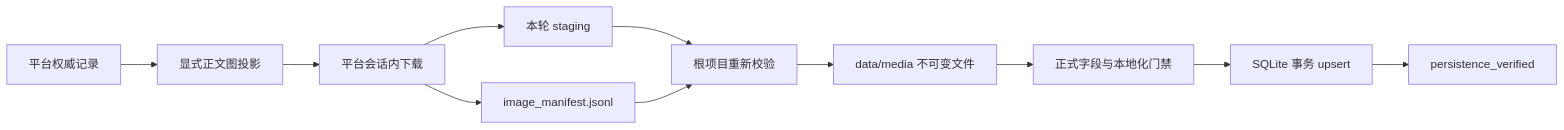
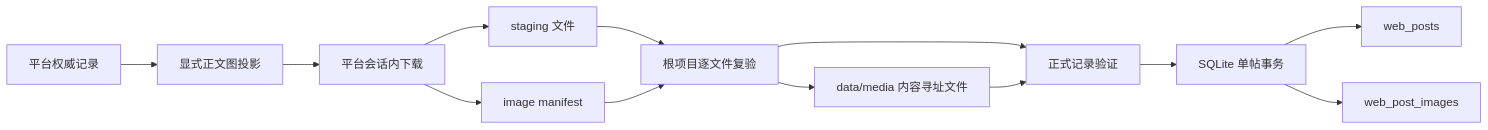
One commit to ottercoconut/TripPostCollect changed the diagram in docs/plans/2026-08-07-multiplatform-local-image-storage.md. Above: the diagram before and after it, drawn with Mermaid. The commit also changed other lines of this file and 43 other files, not shown here.

Commit message:
清理：移除已完成的图片补全工具链

````diff
--- a/docs/plans/2026-08-07-multiplatform-local-image-storage.md
+++ b/docs/plans/2026-08-07-multiplatform-local-image-storage.md
@@ -112,13 +29,15 @@
 ```mermaid
 flowchart LR
     A[平台权威记录] --> B[显式正文图投影]
     B --> C[平台会话内下载]
-    C --> D[本轮 staging]
-    C --> E[image_manifest.jsonl]
-    D --> F[根项目重新校验]
+    C --> D[staging 文件]
+    C --> E[image manifest]
+    D --> F[根项目逐文件复验]
     E --> F
-    F --> G[data/media 不可变文件]
-    G --> H[正式字段与本地化门禁]
-    H --> I[SQLite 事务 upsert]
-    I --> J[persistence_verified]
+    F --> G[data/media 内容寻址文件]
+    F --> H[正式记录验证]
+    G --> H
+    H --> I[SQLite 单帖事务]
+    I --> J[web_posts]
+    I --> K[web_post_images]
 ```
````
